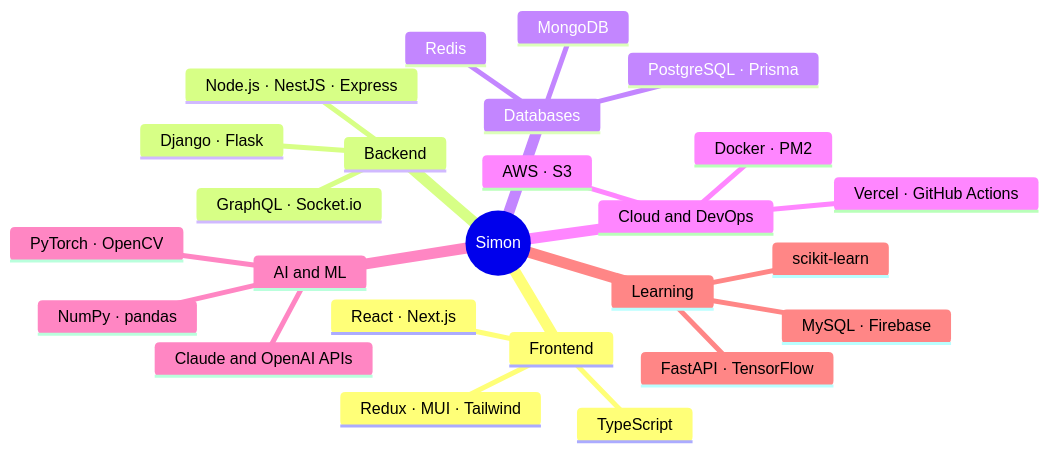
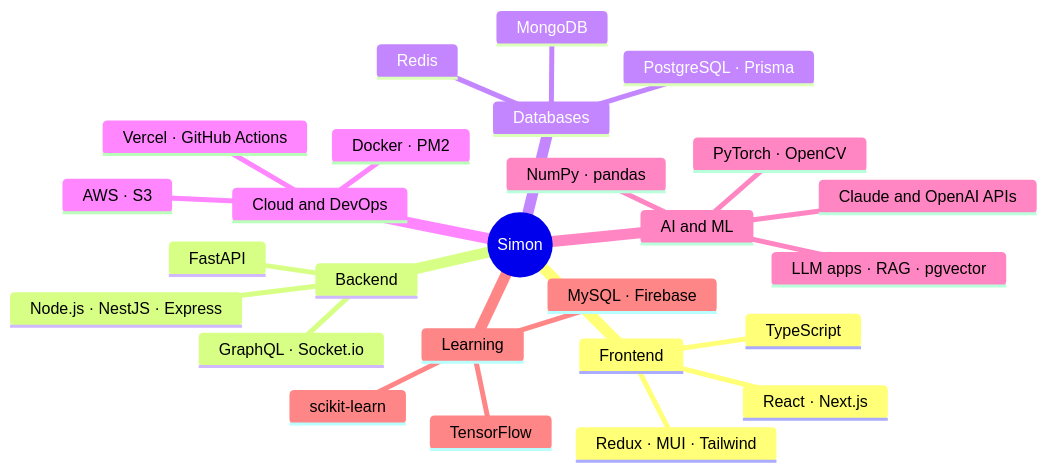
Before and after one commit to sanjardevx/sanjardevx: the diagram in README.md, drawn with Mermaid. The commit also changed other lines of this file, not shown here.

````diff
--- a/README.md
+++ b/README.md
@@ -58,28 +59,29 @@
 ```mermaid
 mindmap
   root((Simon))
     Frontend
       React · Next.js
       TypeScript
       Redux · MUI · Tailwind
     Backend
       Node.js · NestJS · Express
       GraphQL · Socket.io
-      Django · Flask
+      FastAPI
     Databases
       MongoDB
       PostgreSQL · Prisma
       Redis
     Cloud and DevOps
       AWS · S3
       Docker · PM2
       Vercel · GitHub Actions
     AI and ML
       PyTorch · OpenCV
       NumPy · pandas
       Claude and OpenAI APIs
+      LLM apps · RAG · pgvector
     Learning
-      FastAPI · TensorFlow
+      TensorFlow
       scikit-learn
       MySQL · Firebase
 ```
````
